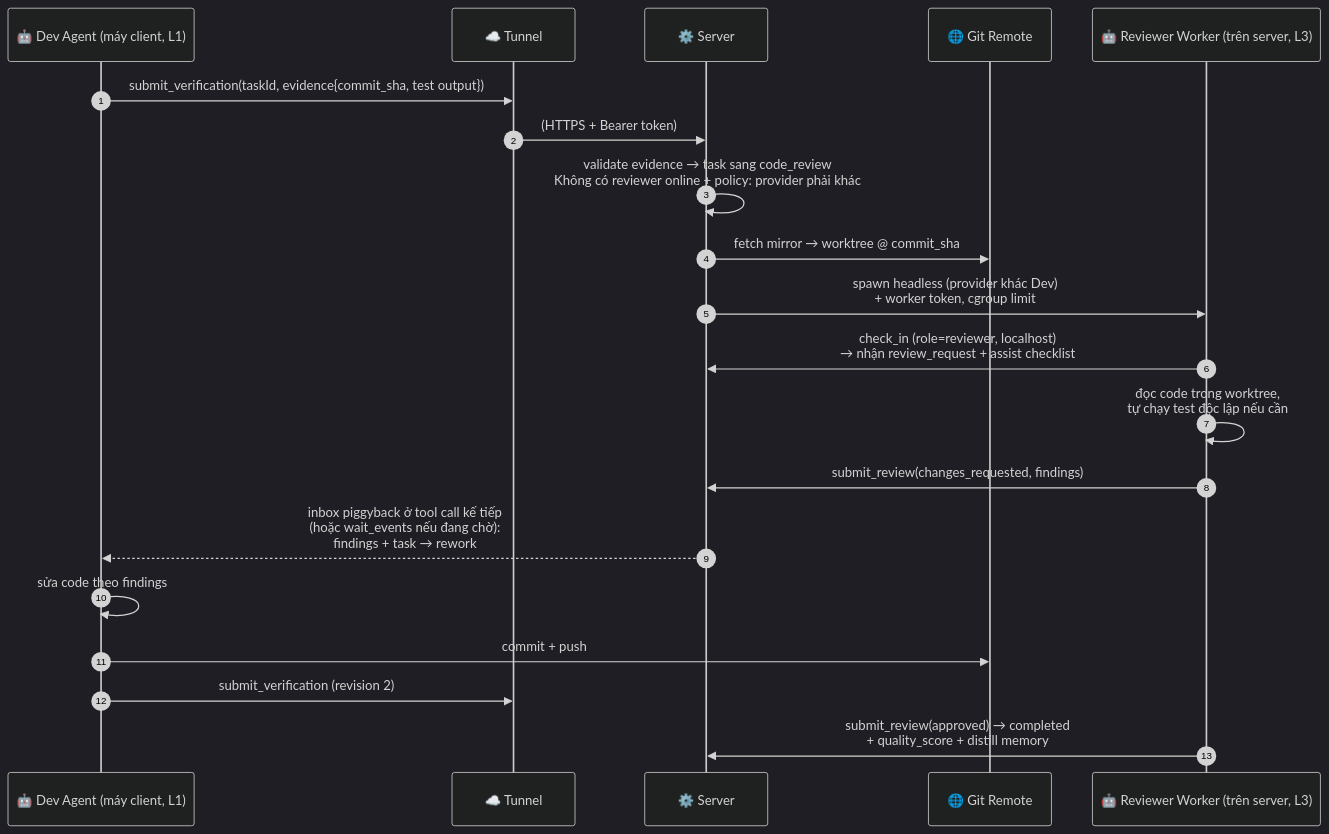
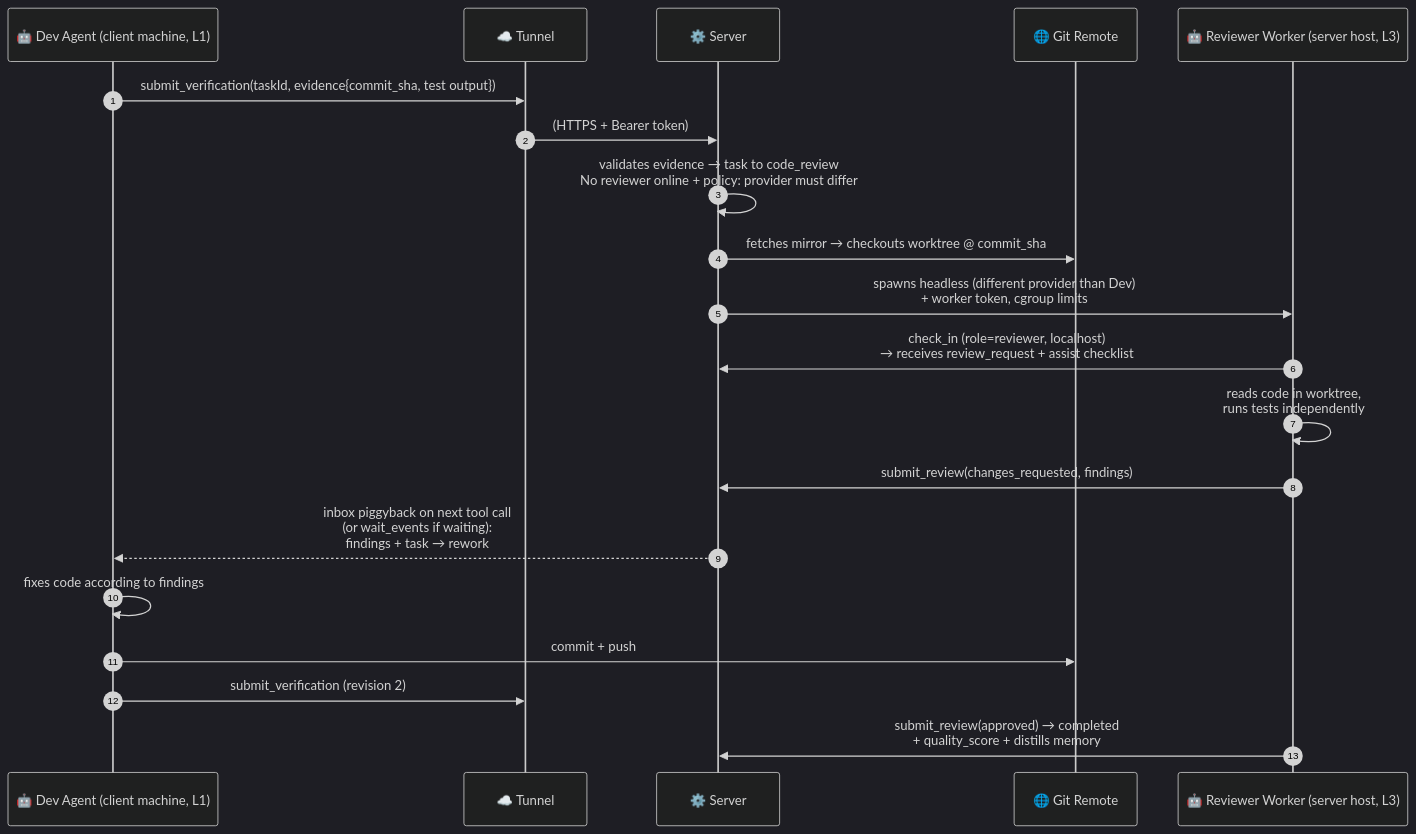
The fifth of 7 diagrams in docs/architecture.md (hiimtrung/co-force), drawn with Mermaid (dark theme) before and after one commit. The commit also changed other lines of this file and 17 other files, not shown here.

````diff
--- a/docs/architecture.md
+++ b/docs/architecture.md
@@ -284,23 +284,23 @@
 ```mermaid
 sequenceDiagram
     autonumber
-    participant Dev as 🤖 Dev Agent (máy client, L1)
+    participant Dev as 🤖 Dev Agent (client machine, L1)
     participant CF as ☁️ Tunnel
     participant Srv as ⚙️ Server
     participant Git as 🌐 Git Remote
-    participant W as 🤖 Reviewer Worker (trên server, L3)
+    participant W as 🤖 Reviewer Worker (server host, L3)
 
     Dev->>CF: submit_verification(taskId, evidence{commit_sha, test output})
     CF->>Srv: (HTTPS + Bearer token)
-    Srv->>Srv: validate evidence → task sang code_review<br/>Không có reviewer online + policy: provider phải khác
-    Srv->>Git: fetch mirror → worktree @ commit_sha
-    Srv->>W: spawn headless (provider khác Dev)<br/>+ worker token, cgroup limit
-    W->>Srv: check_in (role=reviewer, localhost)<br/>→ nhận review_request + assist checklist
-    W->>W: đọc code trong worktree,<br/>tự chạy test độc lập nếu cần
+    Srv->>Srv: validates evidence → task to code_review<br/>No reviewer online + policy: provider must differ
+    Srv->>Git: fetches mirror → checkouts worktree @ commit_sha
+    Srv->>W: spawns headless (different provider than Dev)<br/>+ worker token, cgroup limits
+    W->>Srv: check_in (role=reviewer, localhost)<br/>→ receives review_request + assist checklist
+    W->>W: reads code in worktree,<br/>runs tests independently
     W->>Srv: submit_review(changes_requested, findings)
-    Srv-->>Dev: inbox piggyback ở tool call kế tiếp<br/>(hoặc wait_events nếu đang chờ):<br/>findings + task → rework
-    Dev->>Dev: sửa code theo findings
+    Srv-->>Dev: inbox piggyback on next tool call<br/>(or wait_events if waiting):<br/>findings + task → rework
+    Dev->>Dev: fixes code according to findings
     Dev->>Git: commit + push
     Dev->>CF: submit_verification (revision 2)
-    W->>Srv: submit_review(approved) → completed<br/>+ quality_score + distill memory
+    W->>Srv: submit_review(approved) → completed<br/>+ quality_score + distills memory
 ```
````
